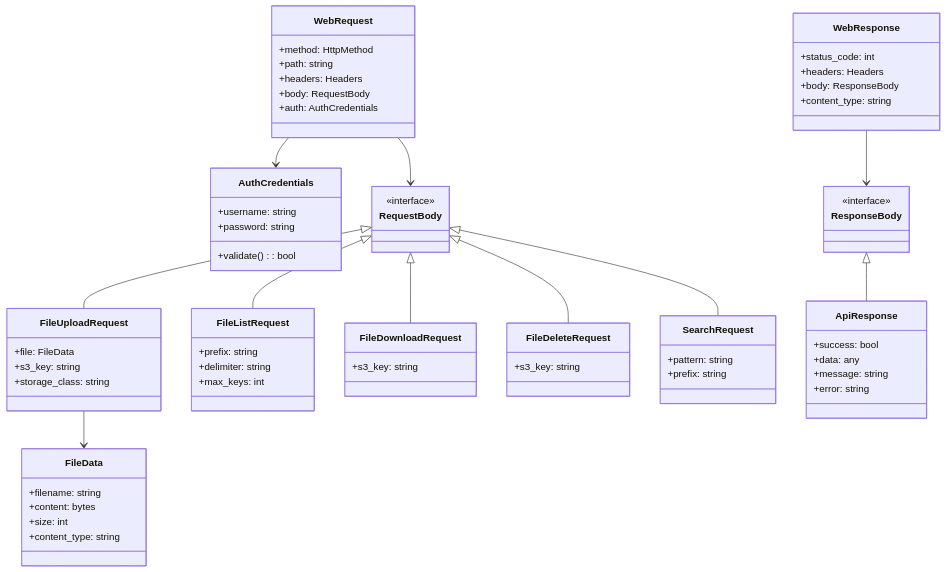
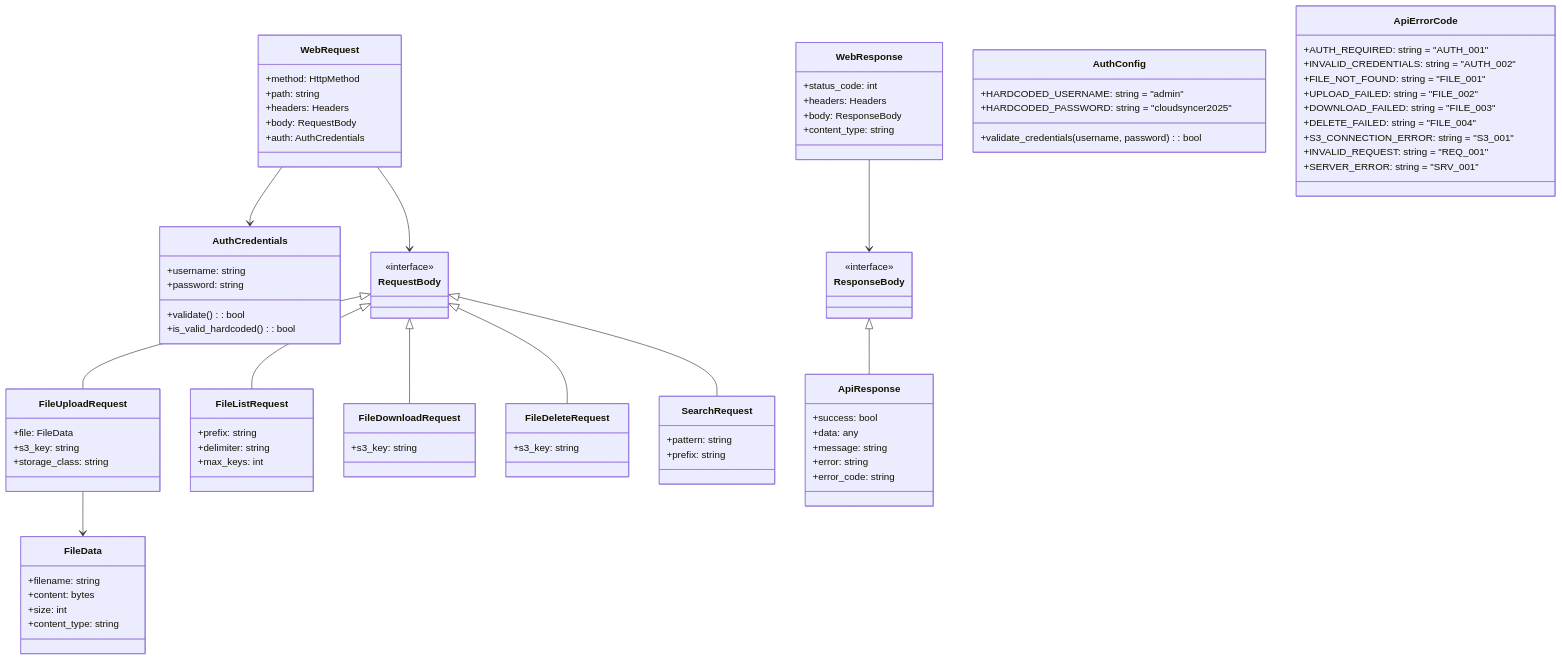
The first of 4 diagrams in .prompt/02.Issue/04.AddWebInterface/01.BasicDesign/02.Overview-DataModel.md (FATESAIKOU/CloudStorageSyncer), drawn with Mermaid before and after one commit. The commit also changed 3 other files, not shown here.

```diff
--- a/.prompt/02.Issue/04.AddWebInterface/01.BasicDesign/02.Overview-DataModel.md
+++ b/.prompt/02.Issue/04.AddWebInterface/01.BasicDesign/02.Overview-DataModel.md
@@ -23,6 +23,13 @@
         +username: string
         +password: string
         +validate(): bool
+        +is_valid_hardcoded(): bool
+    }
+
+    class AuthConfig {
+        +HARDCODED_USERNAME: string = "admin"
+        +HARDCODED_PASSWORD: string = "cloudsyncer2025"
+        +validate_credentials(username, password): bool
     }
 
     class RequestBody {
@@ -63,6 +70,19 @@
         +data: any
         +message: string
         +error: string
+        +error_code: string
+    }
+
+    class ApiErrorCode {
+        +AUTH_REQUIRED: string = "AUTH_001"
+        +INVALID_CREDENTIALS: string = "AUTH_002"
+        +FILE_NOT_FOUND: string = "FILE_001"
+        +UPLOAD_FAILED: string = "FILE_002"
+        +DOWNLOAD_FAILED: string = "FILE_003"
+        +DELETE_FAILED: string = "FILE_004"
+        +S3_CONNECTION_ERROR: string = "S3_001"
+        +INVALID_REQUEST: string = "REQ_001"
+        +SERVER_ERROR: string = "SRV_001"
     }
 
     class FileData {
```
